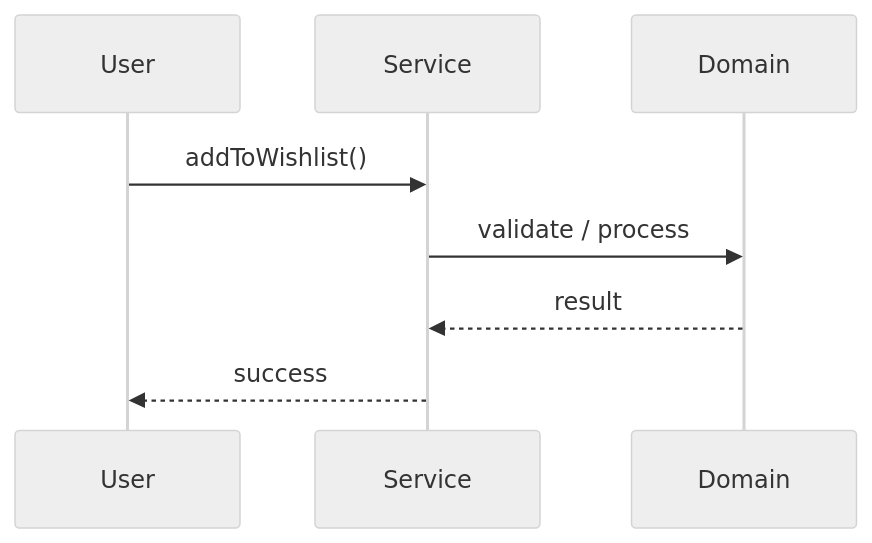
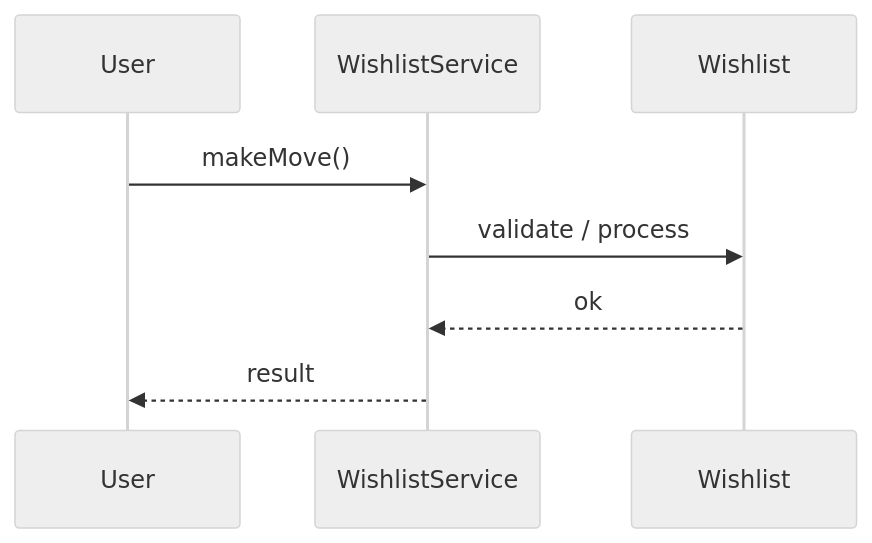
One commit to madhupaila/Interview-Prep-SSE changed the second of 3 diagrams in Learn/System Design - Low Level Design/02-classic-ood/questions/Q48-wishlist.md. Above: the diagram before and after it, drawn with Mermaid (neutral theme). The commit also changed other lines of this file and 491 other files, not shown here.

````diff
--- a/Learn/System Design - Low Level Design/02-classic-ood/questions/Q48-wishlist.md
+++ b/Learn/System Design - Low Level Design/02-classic-ood/questions/Q48-wishlist.md
@@ -122,10 +147,10 @@
 ```mermaid
 sequenceDiagram
-    participant U as User
-    participant S as Service
-    participant D as Domain
-    U->>S: addToWishlist()
-    S->>D: validate / process
-    D-->>S: result
-    S-->>U: success
+participant U as User
+participant S as WishlistService
+participant D as Wishlist
+U->>S: makeMove()
+S->>D: validate / process
+D-->>S: ok
+S-->>U: result
 ```
````
